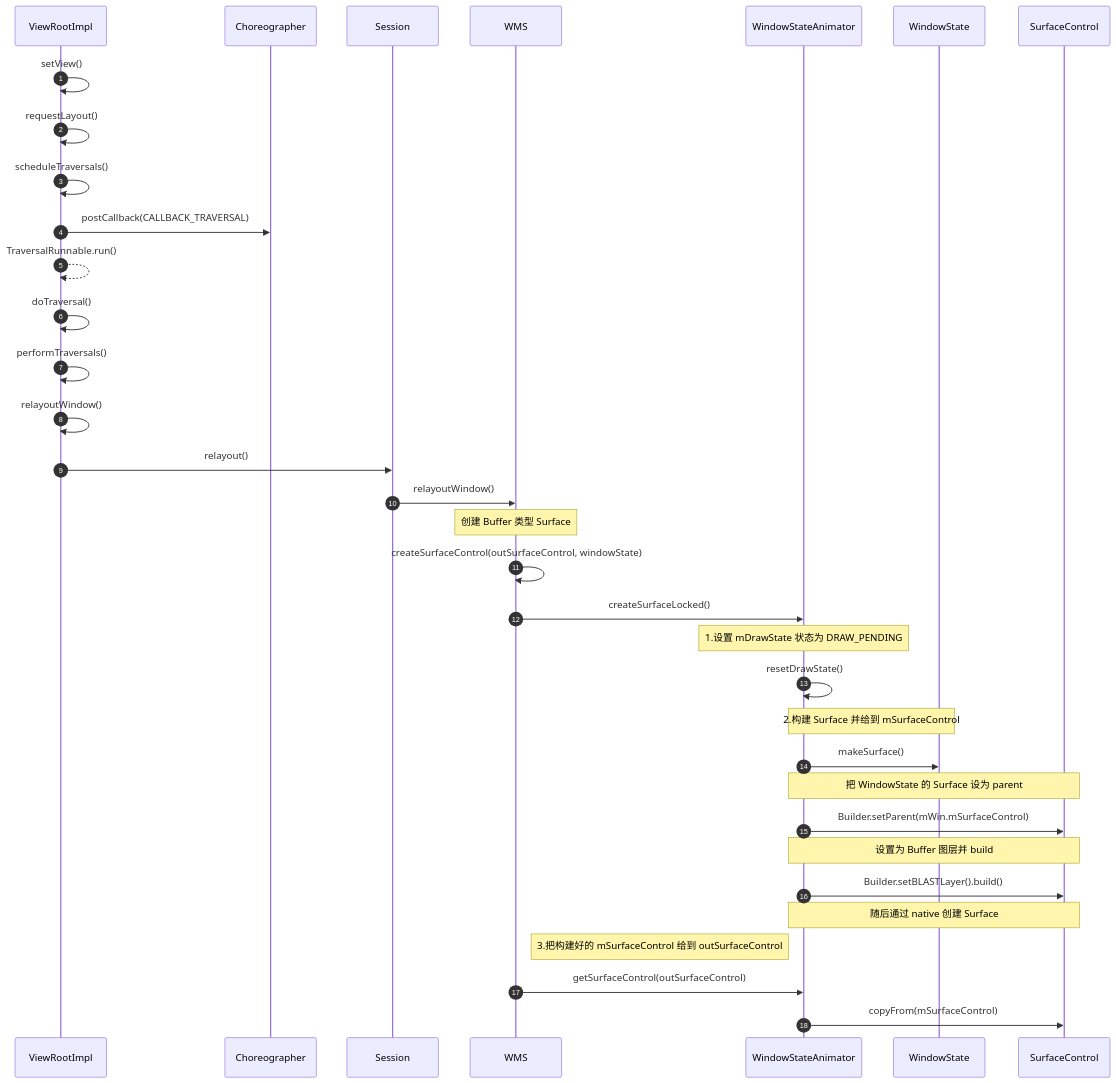
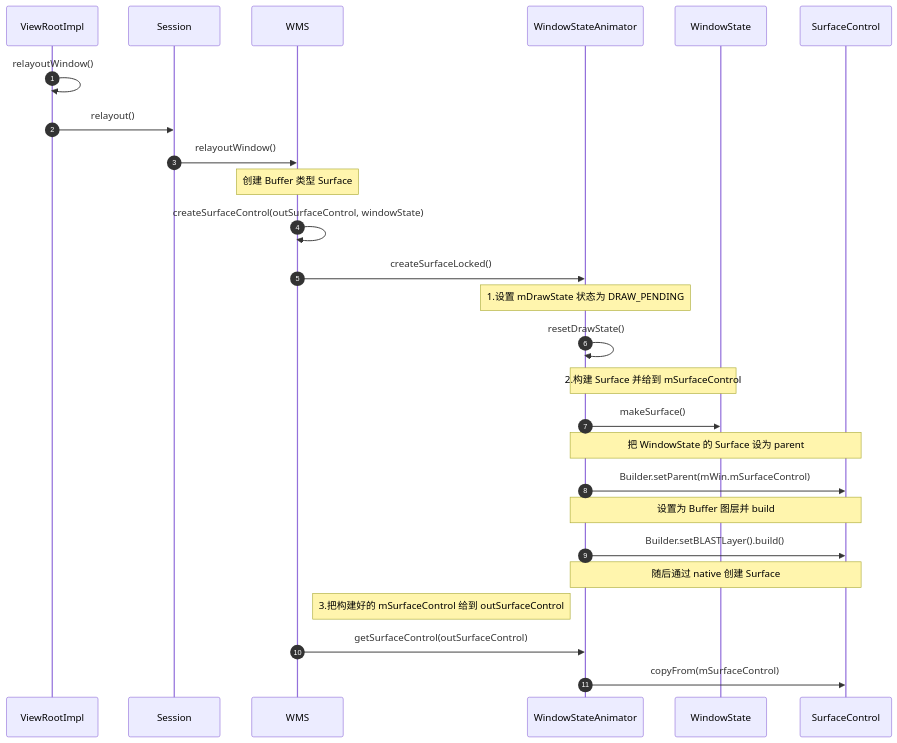
One commit to rangerzhou/rangerzhou.github.io changed the seventh of 17 diagrams in source/_posts/Android/WMS_SequenceDiagram.md. Above: the diagram before and after it, drawn with Mermaid. The commit also changed other lines of this file and 5 other files, not shown here.

````diff
--- a/source/_posts/Android/WMS_SequenceDiagram.md
+++ b/source/_posts/Android/WMS_SequenceDiagram.md
@@ -273,31 +272,31 @@
 ``` mermaid
 sequenceDiagram
 autonumber
-ViewRootImpl ->> ViewRootImpl:setView()
-ViewRootImpl ->> ViewRootImpl:requestLayout()
-ViewRootImpl ->> ViewRootImpl:scheduleTraversals()
-ViewRootImpl ->> Choreographer:postCallback(CALLBACK_TRAVERSAL)
-ViewRootImpl -->> ViewRootImpl:TraversalRunnable.run()
-ViewRootImpl ->> ViewRootImpl:doTraversal()
-ViewRootImpl ->> ViewRootImpl:performTraversals()
+%%ViewRootImpl ->> ViewRootImpl:setView()
+%%ViewRootImpl ->> ViewRootImpl:requestLayout()
+%%ViewRootImpl ->> ViewRootImpl:scheduleTraversals()
+%%ViewRootImpl ->> Choreographer:postCallback(CALLBACK_TRAVERSAL)
+%%ViewRootImpl -->> ViewRootImpl:TraversalRunnable.run()
+%%ViewRootImpl ->> ViewRootImpl:doTraversal()
+%%ViewRootImpl ->> ViewRootImpl:performTraversals()
 ViewRootImpl ->> ViewRootImpl:relayoutWindow()
 ViewRootImpl ->> Session:relayout()
 Session ->> WMS:relayoutWindow()
 
 Note over WMS:创建 Buffer 类型 Surface
 WMS ->> WMS:createSurfaceControl(outSurfaceControl, windowState)
 WMS ->> WindowStateAnimator:createSurfaceLocked()
 Note over WindowStateAnimator:1.设置 mDrawState 状态为 DRAW_PENDING
 WindowStateAnimator ->> WindowStateAnimator:resetDrawState()
 Note over WindowStateAnimator,WindowState:2.构建 Surface 并给到 mSurfaceControl
 WindowStateAnimator ->> WindowState:makeSurface()
 Note over WindowStateAnimator,SurfaceControl:把 WindowState 的 Surface 设为 parent
 WindowStateAnimator ->> SurfaceControl:Builder.setParent(mWin.mSurfaceControl)
 Note over WindowStateAnimator,SurfaceControl:设置为 Buffer 图层并 build
 WindowStateAnimator ->> SurfaceControl:Builder.setBLASTLayer().build()
 Note over WindowStateAnimator,SurfaceControl:随后通过 native 创建 Surface
 
 Note right of WMS:3.把构建好的 mSurfaceControl 给到 outSurfaceControl
 WMS ->> WindowStateAnimator:getSurfaceControl(outSurfaceControl)
 WindowStateAnimator ->> SurfaceControl:copyFrom(mSurfaceControl)
 ```
````
